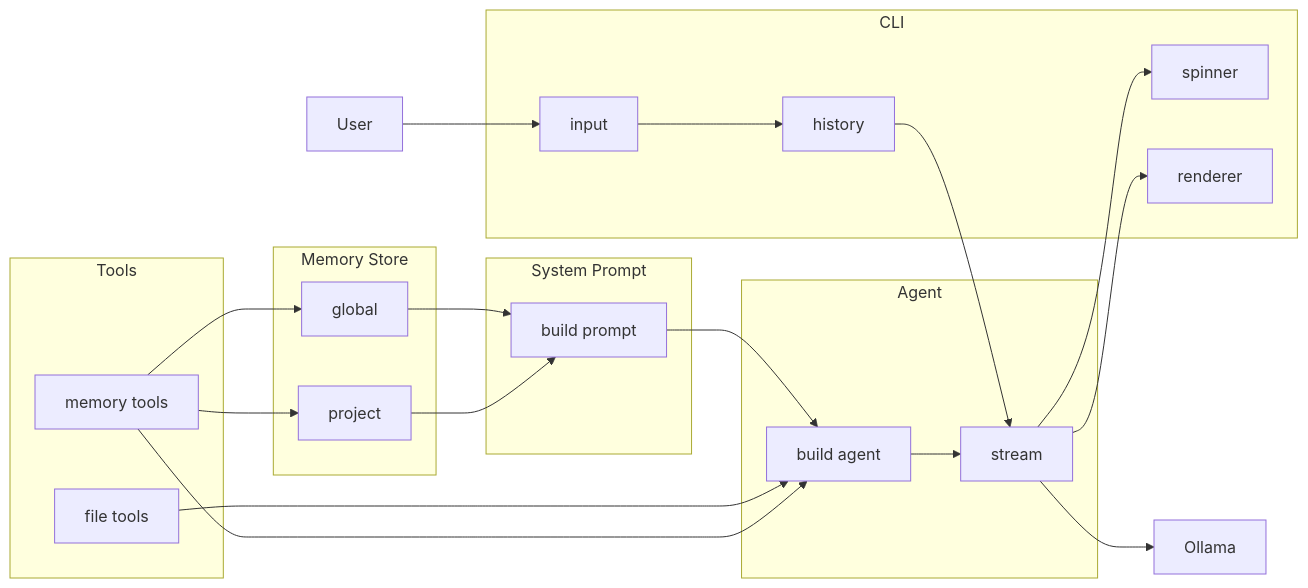
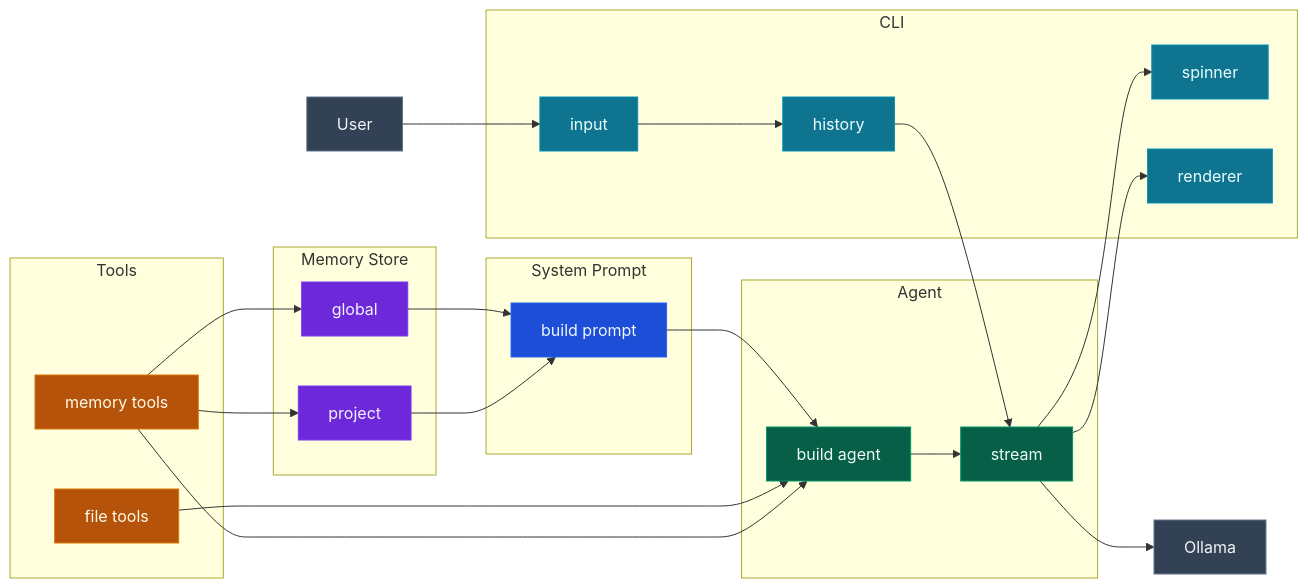
The first of 2 diagrams in saathi-cli/README.md (dwinsi/LLMfromScratch), drawn with Mermaid before and after one commit. The commit also changed other lines of this file, not shown here.

Commit message:
Enhance README with detailed mermaid diagram and component descriptions for clarity

````diff
--- a/saathi-cli/README.md
+++ b/saathi-cli/README.md
@@ -15,47 +15,54 @@
 ```mermaid
 graph LR
-    USER[User]
-    OLLAMA[Ollama]
+    classDef cExt  fill:#334155,stroke:#64748b,color:#f1f5f9
+    classDef cMem  fill:#6d28d9,stroke:#7c3aed,color:#f5f3ff
+    classDef cPmt  fill:#1d4ed8,stroke:#2563eb,color:#eff6ff
+    classDef cTool fill:#b45309,stroke:#d97706,color:#fffbeb
+    classDef cAgt  fill:#065f46,stroke:#059669,color:#ecfdf5
+    classDef cCli  fill:#0e7490,stroke:#0891b2,color:#ecfeff
+
+    USER[User]:::cExt
+    OLLAMA[Ollama]:::cExt
 
     subgraph mem [Memory Store]
-        GLOBAL[global]
-        PROJECT[project]
+        GLOBAL[global]:::cMem
+        PROJECT[project]:::cMem
     end
 
     subgraph prompt [System Prompt]
-        SP[build prompt]
+        SP[build prompt]:::cPmt
     end
 
     subgraph tools [Tools]
-        FTOOL[file tools]
-        MTOOL[memory tools]
+        FTOOL[file tools]:::cTool
+        MTOOL[memory tools]:::cTool
     end
 
     subgraph agent [Agent]
-        BUILD[build agent]
-        STREAM[stream]
+        BUILD[build agent]:::cAgt
+        STREAM[stream]:::cAgt
     end
 
     subgraph cli [CLI]
-        INPUT[input]
-        HISTORY[history]
-        SPINNER[spinner]
-        RENDERER[renderer]
+        INPUT[input]:::cCli
+        HISTORY[history]:::cCli
+        SPINNER[spinner]:::cCli
+        RENDERER[renderer]:::cCli
     end
 
     GLOBAL --> SP
     PROJECT --> SP
     SP --> BUILD
     FTOOL --> BUILD
     MTOOL --> BUILD
     MTOOL --> GLOBAL
     MTOOL --> PROJECT
     BUILD --> STREAM
     STREAM --> OLLAMA
 
     USER --> INPUT
     INPUT --> HISTORY
     HISTORY --> STREAM
     STREAM --> SPINNER
     STREAM --> RENDERER
 ```
````
